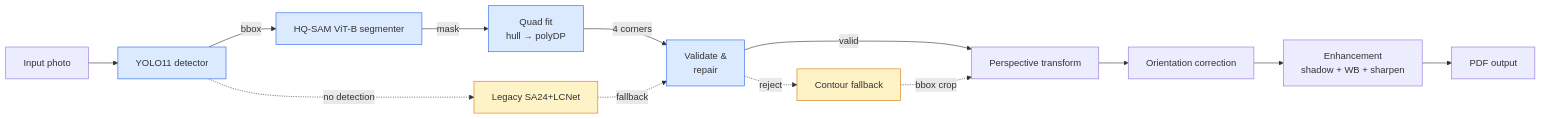
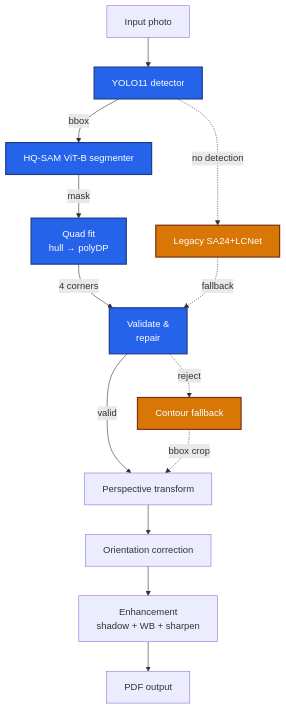
Before and after one commit to 7RPlus-GmbH/pagescan: the diagram in docs/source/architecture.md, drawn with Mermaid. The commit also changed 1 other file, not shown here.

Commit message:
18.05.2026 10:07

````diff
--- a/docs/source/architecture.md
+++ b/docs/source/architecture.md
@@ -7,25 +7,24 @@
 ```{mermaid}
-flowchart LR
+%%{init: {'theme':'base','themeVariables':{'fontSize':'18px','fontFamily':'-apple-system, BlinkMacSystemFont, "Segoe UI", sans-serif','primaryColor':'#f8fafc','primaryBorderColor':'#334155','primaryTextColor':'#0f172a','lineColor':'#475569'}}}%%
+flowchart TB
     A[Input photo] --> B[YOLO11 detector]
     B -->|bbox| C[HQ-SAM ViT-B segmenter]
     C -->|mask| D[Quad fit<br/>hull → polyDP]
     D -->|4 corners| E[Validate &<br/>repair]
     E -->|valid| F[Perspective transform]
 
     B -.->|no detection| G[Legacy SA24+LCNet]
     G -.->|fallback| E
 
     E -.->|reject| H[Contour fallback]
     H -.->|bbox crop| F
 
     F --> I[Orientation correction]
     I --> J[Enhancement<br/>shadow + WB + sharpen]
     J --> K[PDF output]
 
-    style B fill:#dbeafe,stroke:#2563eb
-    style C fill:#dbeafe,stroke:#2563eb
-    style D fill:#dbeafe,stroke:#2563eb
-    style E fill:#dbeafe,stroke:#2563eb
-    style G fill:#fef3c7,stroke:#d97706
-    style H fill:#fef3c7,stroke:#d97706
+    classDef cascade fill:#2563eb,stroke:#1e3a8a,stroke-width:2px,color:#ffffff
+    classDef fallback fill:#d97706,stroke:#7c2d12,stroke-width:2px,color:#ffffff
+    class B,C,D,E cascade
+    class G,H fallback
 ```
````
